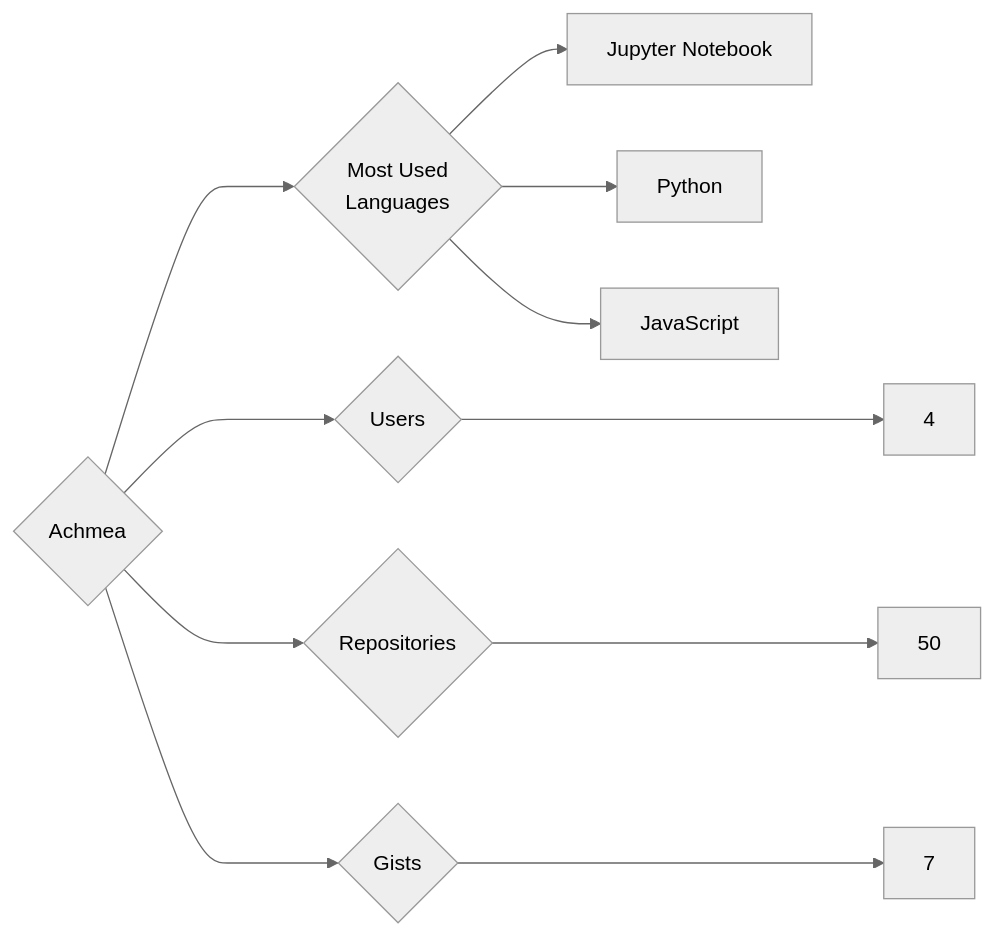
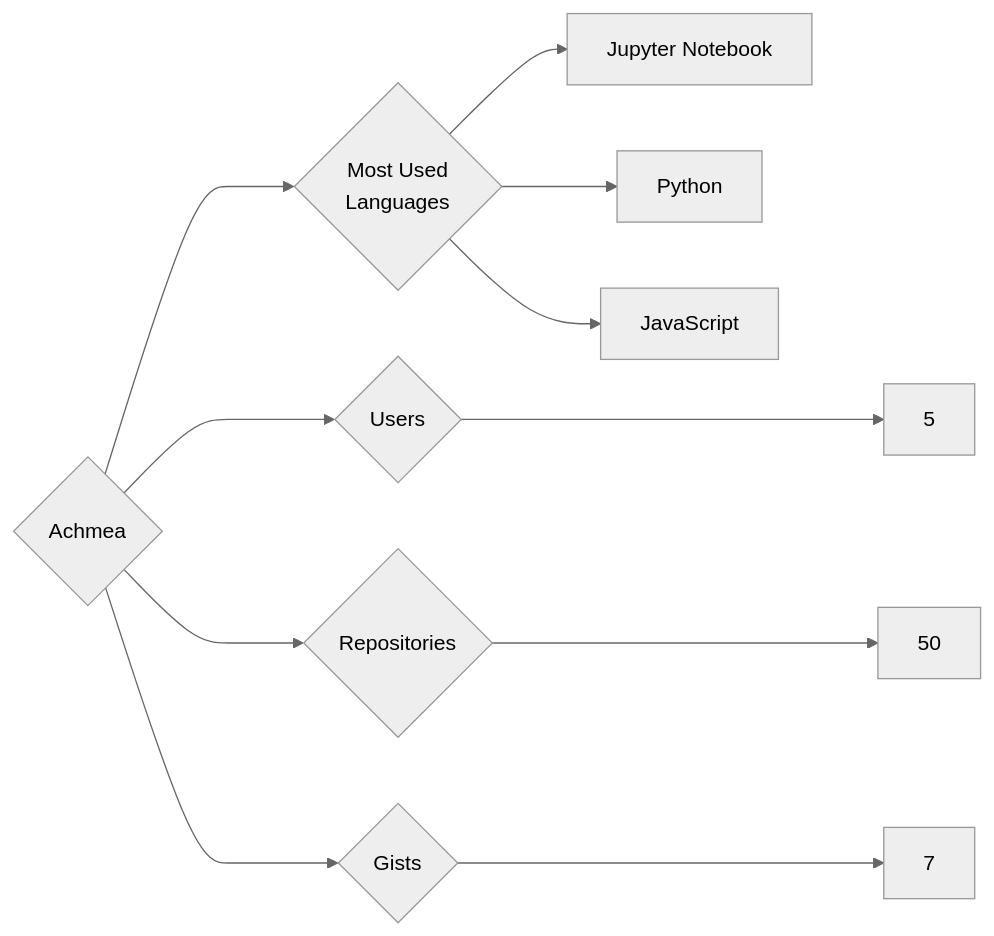
Before and after one commit to nenadzaric/insiders: the diagram in targets/Achmea/README.md, drawn with Mermaid (neutral theme). The commit also changed 26 other files, not shown here.

````diff
--- a/targets/Achmea/README.md
+++ b/targets/Achmea/README.md
@@ -3,11 +3,11 @@
 ```mermaid
 graph LR
 COMPANY_NAME{Achmea}
-COMPANY_NAME ---> U{Users} ---> UN[4]
+COMPANY_NAME ---> U{Users} ---> UN[5]
 COMPANY_NAME ---> R{Repositories} ---> RN[50]
 COMPANY_NAME ---> G{Gists} ---> GN[7]
 COMPANY_NAME ---> ML{Most Used<br>Languages}
 ML --> Jupyter_Notebook[Jupyter Notebook]
 ML --> Python[Python]
 ML --> JavaScript[JavaScript]
 ```
````
